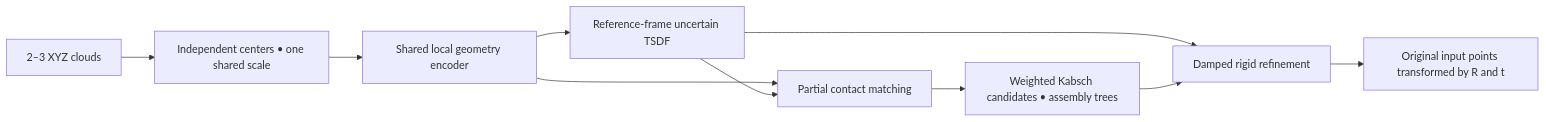
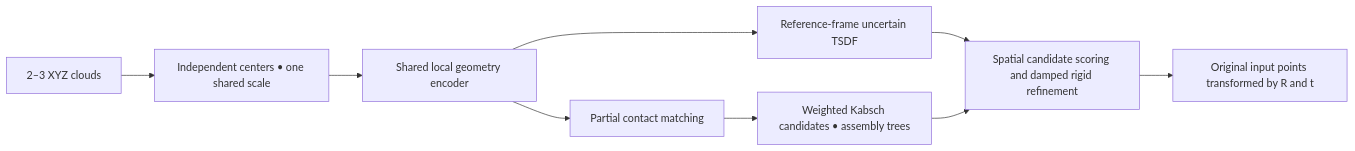
One commit to kartik4323/pt_reg changed the diagram in README.md. Above: the diagram before and after it, drawn with Mermaid. The commit also changed other lines of this file and 29 other files, not shown here.

````diff
--- a/README.md
+++ b/README.md
@@ -7,12 +19,11 @@
 ```mermaid
 flowchart LR
     X["2–3 XYZ clouds"] --> N["Independent centers • one shared scale"]
     N --> E["Shared local geometry encoder"]
     E --> S["Reference-frame uncertain TSDF"]
     E --> M["Partial contact matching"]
-    S --> M
     M --> K["Weighted Kabsch candidates • assembly trees"]
-    S --> R["Damped rigid refinement"]
+    S --> R["Spatial candidate scoring and damped rigid refinement"]
     K --> R
     R --> O["Original input points transformed by R and t"]
 ```
````
